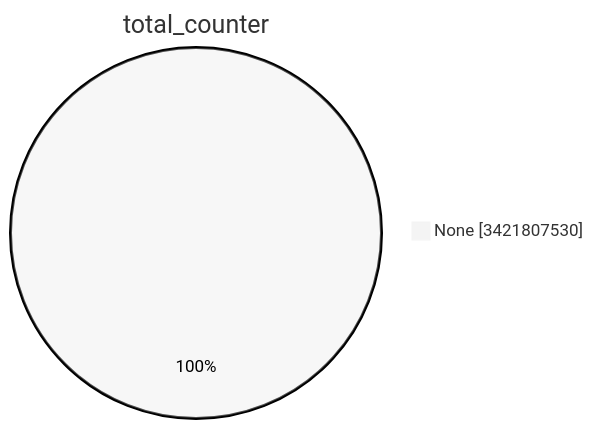
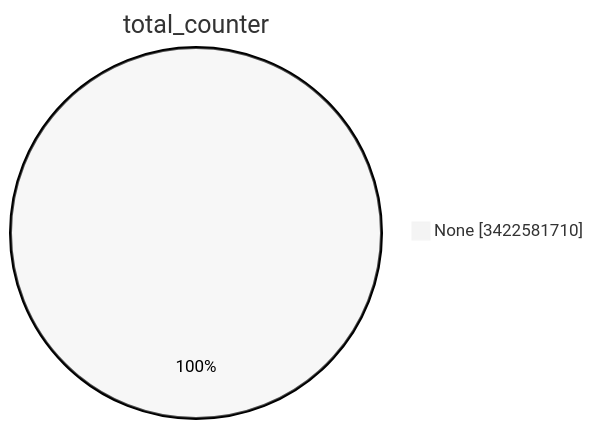
Before and after one commit to christiankrug/ctmonitor_visualization: the first of 15 diagrams in TOTAL/README.md, drawn with Mermaid (neutral theme). The commit also changed other lines of this file, not shown here.

````diff
--- a/TOTAL/README.md
+++ b/TOTAL/README.md
@@ -1,5 +1,5 @@
 ```mermaid
 pie showData
 title total_counter
-"None" :3421807530
+"None" :3422581710
 ```
````
